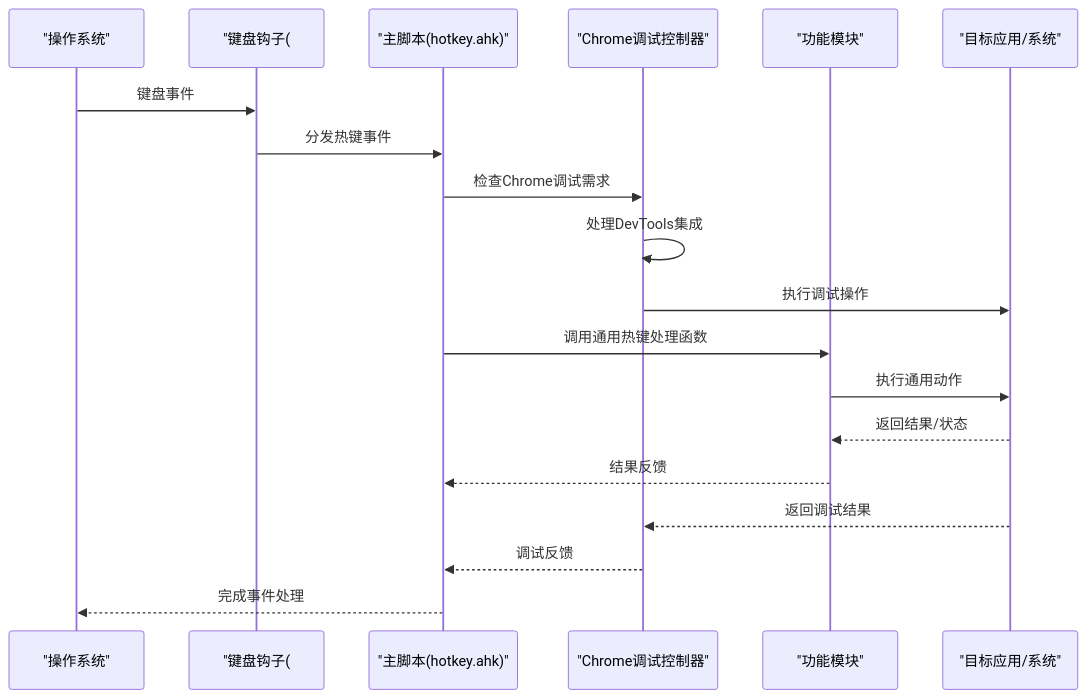
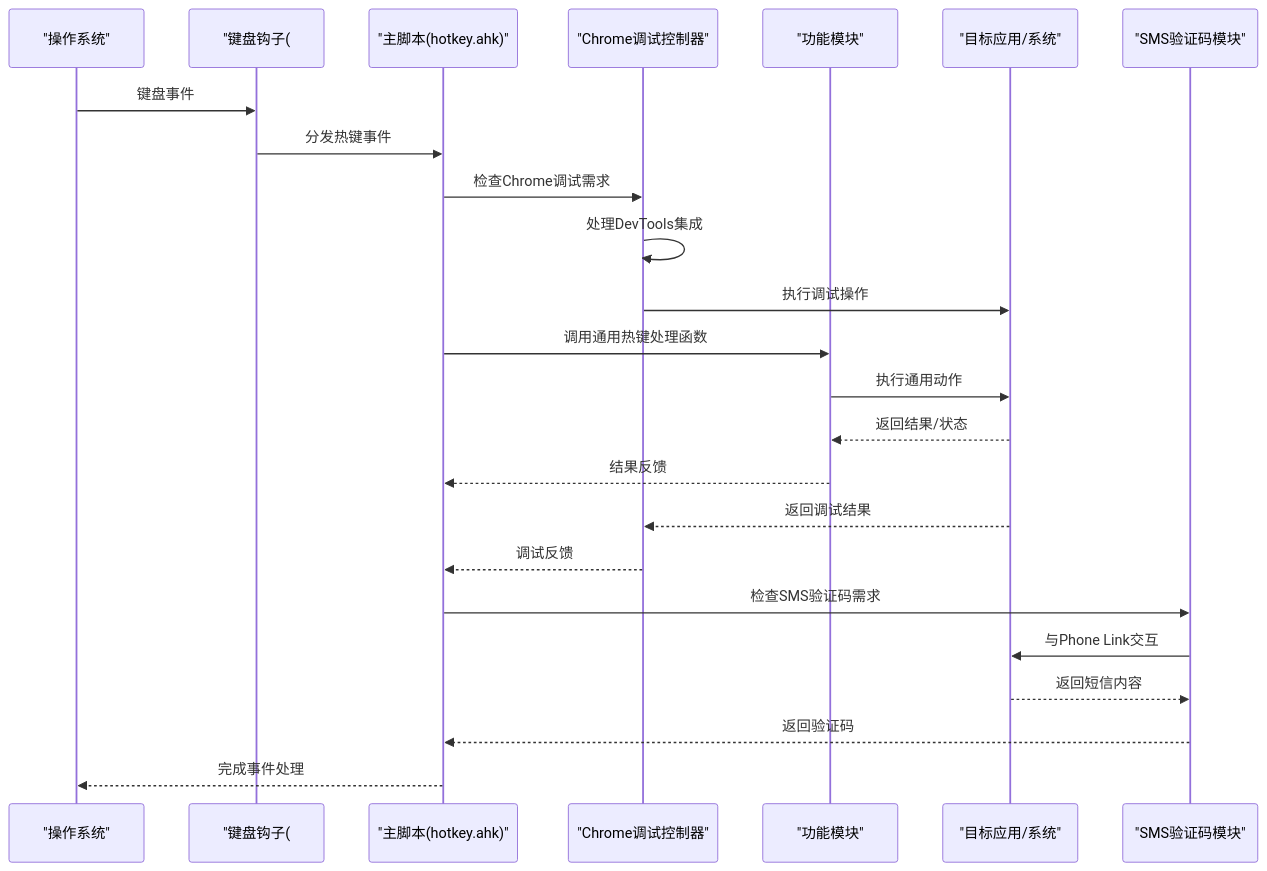
The second of 18 diagrams in .qoder/repowiki/zh/content/核心功能/热键管理系统.md (wangys-123doit/hotkey), drawn with Mermaid before and after one commit. The commit also changed other lines of this file and 4 other files, not shown here.

````diff
--- a/.qoder/repowiki/zh/content/核心功能/热键管理系统.md
+++ b/.qoder/repowiki/zh/content/核心功能/热键管理系统.md
@@ -96,21 +100,26 @@
 ```mermaid
 sequenceDiagram
 participant OS as "操作系统"
 participant Hook as "键盘钩子(#UseHook)"
 participant Main as "主脚本(hotkey.ahk)"
 participant Controller as "Chrome调试控制器"
 participant Module as "功能模块"
 participant App as "目标应用/系统"
+participant SmsModule as "SMS验证码模块"
 OS->>Hook : 键盘事件
 Hook->>Main : 分发热键事件
 Main->>Controller : 检查Chrome调试需求
 Controller->>Controller : 处理DevTools集成
 Controller->>App : 执行调试操作
 Main->>Module : 调用通用热键处理函数
 Module->>App : 执行通用动作
 App-->>Module : 返回结果/状态
 Module-->>Main : 结果反馈
 App-->>Controller : 返回调试结果
 Controller-->>Main : 调试反馈
+Main->>SmsModule : 检查SMS验证码需求
+SmsModule->>App : 与Phone Link交互
+App-->>SmsModule : 返回短信内容
+SmsModule-->>Main : 返回验证码
 Main-->>OS : 完成事件处理
 ```
````
